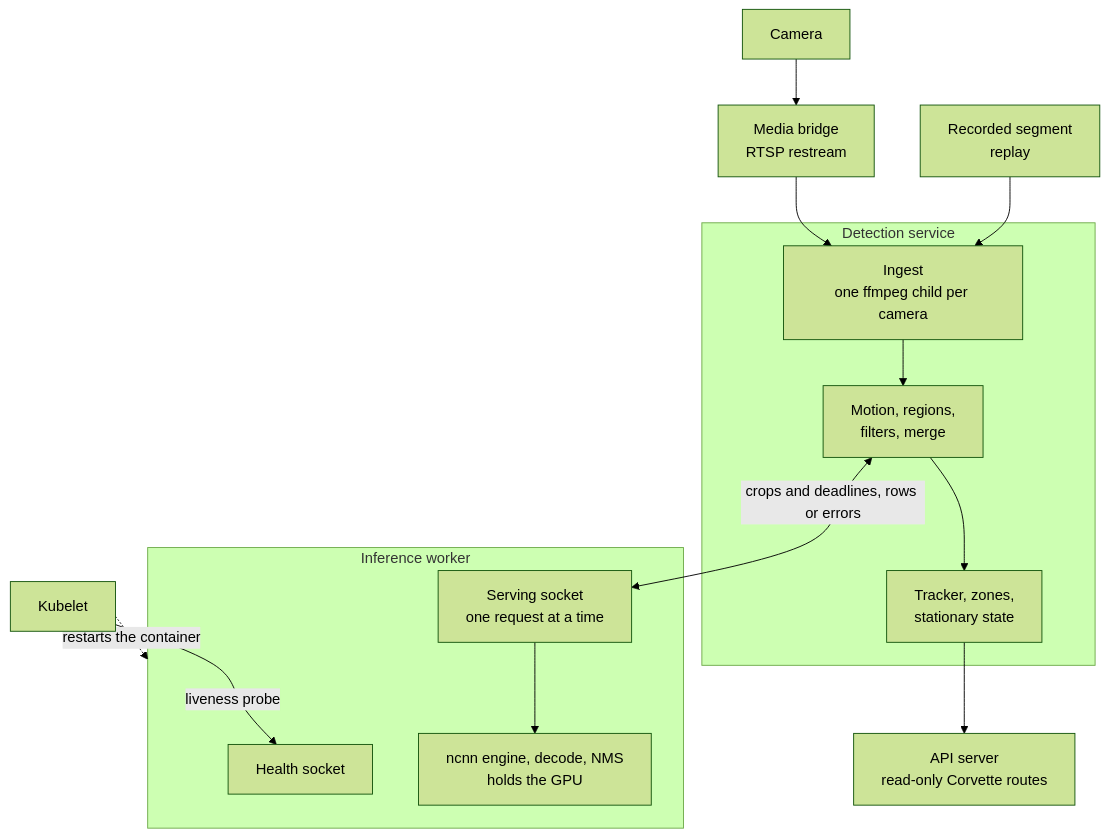
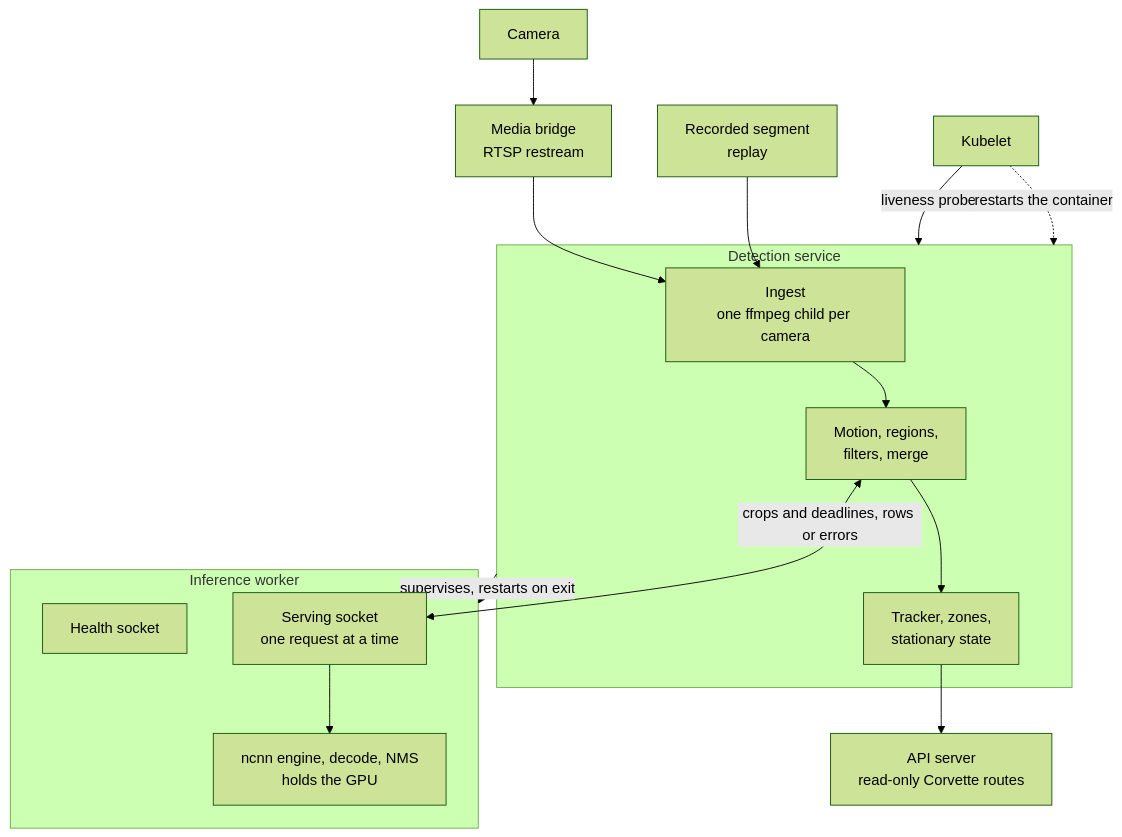
The first of 2 diagrams in docs/design/detection.md (cvandesande/corvette), drawn with Mermaid (forest theme) before and after one commit. The commit also changed other lines of this file, not shown here.

First line of the commit message:
Adopt the three-concern container layout in the detection design

````diff
--- a/docs/design/detection.md
+++ b/docs/design/detection.md
@@ -18,26 +18,27 @@
 ```mermaid
 flowchart TB
     cam["Camera"] --> bridge["Media bridge<br/>RTSP restream"]
     seg["Recorded segment<br/>replay"]
 
     subgraph svc["Detection service"]
         ingest["Ingest<br/>one ffmpeg child per camera"]
         stages["Motion, regions,<br/>filters, merge"]
         track["Tracker, zones,<br/>stationary state"]
         ingest --> stages --> track
     end
 
     subgraph wrk["Inference worker"]
         health["Health socket"]
         serve["Serving socket<br/>one request at a time"]
         engine["ncnn engine, decode, NMS<br/>holds the GPU"]
         serve --> engine
     end
 
     bridge --> ingest
     seg --> ingest
     stages <-->|"crops and deadlines, rows or errors"| serve
     track --> api["API server<br/>read-only Corvette routes"]
-    kubelet["Kubelet"] -->|"liveness probe"| health
-    kubelet -.->|"restarts the container"| wrk
+    kubelet["Kubelet"] -->|"liveness probe"| svc
+    kubelet -.->|"restarts the container"| svc
+    svc -->|"supervises, restarts on exit"| wrk
 ```
````
